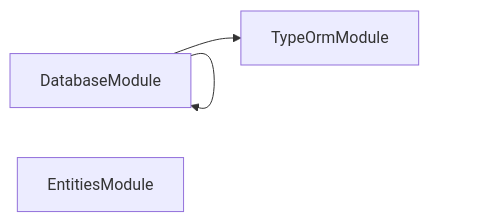
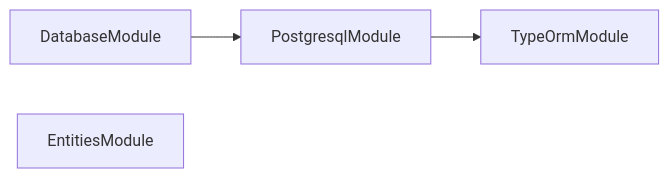
The second of 3 diagrams in projects/lexico/lexico-entities/README.md (organizzolini/codebase), drawn with Mermaid before and after one commit. The commit also changed other lines of this file and 69 other files, not shown here.

````diff
--- a/projects/lexico/lexico-entities/README.md
+++ b/projects/lexico/lexico-entities/README.md
@@ -286,9 +286,9 @@
 ```mermaid
 flowchart LR
   DatabaseModule
   EntitiesModule
-  DatabaseModule
+  PostgresqlModule
   TypeOrmModule
-  DatabaseModule --> TypeOrmModule
-  DatabaseModule --> DatabaseModule
+  DatabaseModule --> PostgresqlModule
+  PostgresqlModule --> TypeOrmModule
 ```
````
